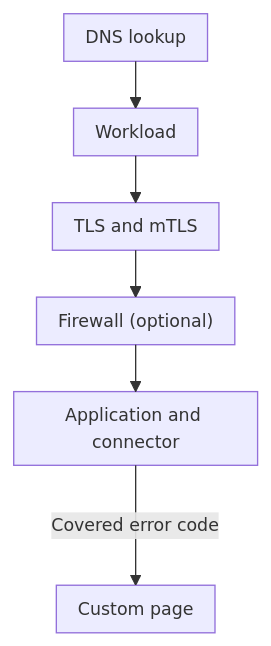
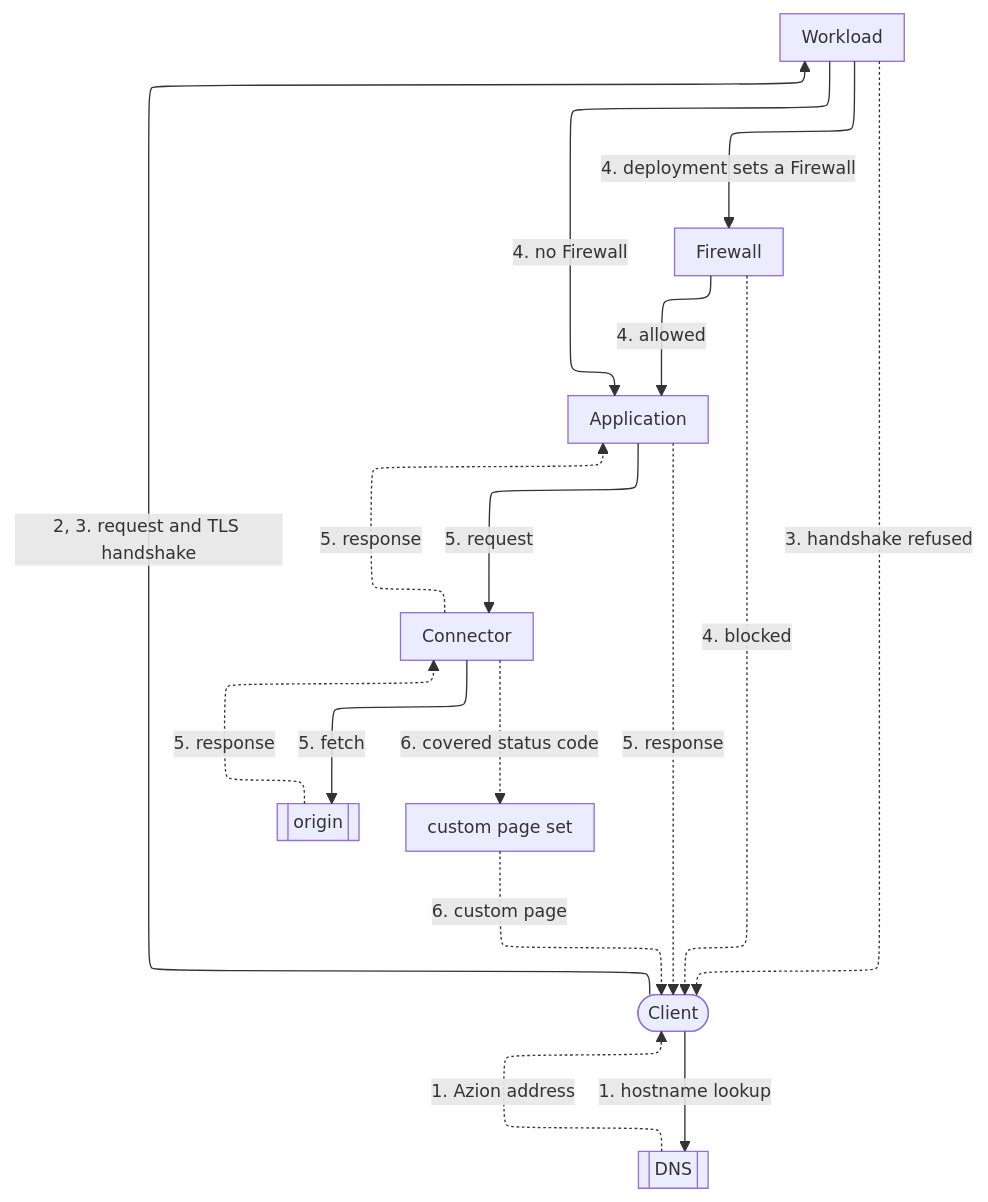
The diagram in apps/docs/src/content/docs/en/pages/main-menu/reference/secure/workloads/workloads.mdx (aziontech/docs), drawn with Mermaid before and after one commit. The commit also changed other lines of this file and 76 other files, not shown here.

````diff
--- a/apps/docs/src/content/docs/en/pages/main-menu/reference/secure/workloads/workloads.mdx
+++ b/apps/docs/src/content/docs/en/pages/main-menu/reference/secure/workloads/workloads.mdx
@@ -88,9 +33,27 @@
 ```mermaid
-%%{init: {"layout": "elk", "themeVariables": {"fontSize": "13px"}, "flowchart": {"nodeSpacing": 24, "rankSpacing": 36, "padding": 8, "wrappingWidth": 150, "useMaxWidth": true}, "sequence": {"width": 120, "actorMargin": 30, "useMaxWidth": true}}}%%
+%%{init: {"layout": "elk", "elk": {"preset": "modelOrder", "keepEntryNodeOnTop": true}, "themeVariables": {"fontSize": "13px"}, "flowchart": {"nodeSpacing": 24, "rankSpacing": 36, "padding": 8, "wrappingWidth": 150, "useMaxWidth": true}, "sequence": {"width": 120, "actorMargin": 30, "useMaxWidth": true}}}%%
 flowchart TD
-  DNS["DNS lookup"] --> Host["Workload"]
-  Host --> TLS["TLS and mTLS"]
-  TLS --> FW["Firewall (optional)"]
-  FW --> App["Application and connector"]
-  App -->|"Covered error code"| CP["Custom page"]
+  Client(["Client"])
+  DNS[["DNS"]]
+  WL["Workload"]
+  FW["Firewall"]
+  App["Application"]
+  Conn["Connector"]
+  Origin[["origin"]]
+  CP["custom page set"]
+  Client -->|"1. hostname lookup"| DNS
+  DNS -.->|"1. Azion address"| Client
+  Client -->|"2, 3. request and TLS handshake"| WL
+  WL -.->|"3. handshake refused"| Client
+  WL -->|"4. deployment sets a Firewall"| FW
+  WL -->|"4. no Firewall"| App
+  FW -->|"4. allowed"| App
+  FW -.->|"4. blocked"| Client
+  App -->|"5. request"| Conn
+  Conn -->|"5. fetch"| Origin
+  Origin -.->|"5. response"| Conn
+  Conn -.->|"5. response"| App
+  App -.->|"5. response"| Client
+  Conn -.->|"6. covered status code"| CP
+  CP -.->|"6. custom page"| Client
 ```
````
